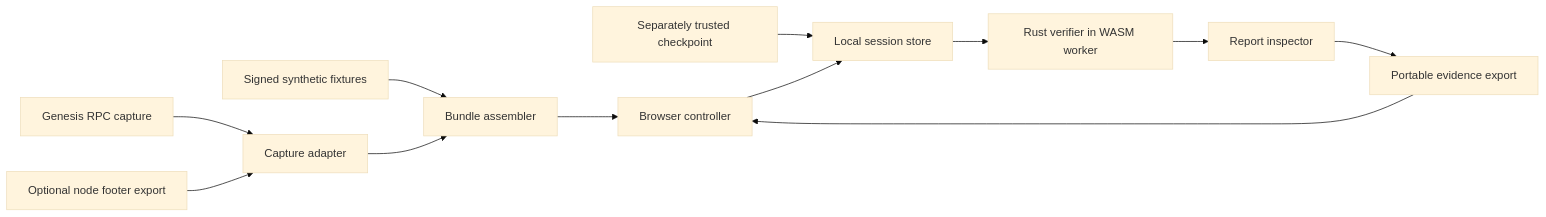
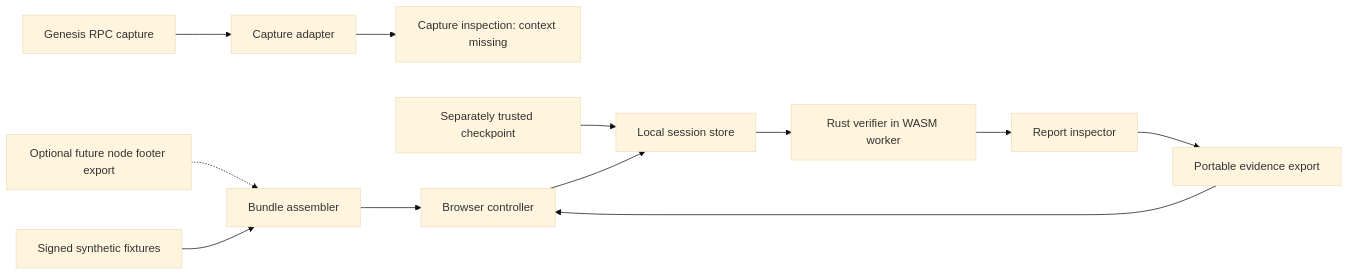
One commit to mansi0xc/monocle changed the diagram in docs/architecture.md. Above: the diagram before and after it, drawn with Mermaid (base theme). The commit also changed other lines of this file and 35 other files, not shown here.

````diff
--- a/docs/architecture.md
+++ b/docs/architecture.md
@@ -9,14 +9,14 @@
 ```mermaid
 flowchart LR
     RPC[Genesis RPC capture] --> A[Capture adapter]
-    NODE[Optional node footer export] --> A
+    NODE[Optional future node footer export] -.-> B
     FIX[Signed synthetic fixtures] --> B[Bundle assembler]
-    A --> B
+    A --> CI[Capture inspection: context missing]
     B --> UI[Browser controller]
     PIN[Separately trusted checkpoint] --> S[Local session store]
     UI --> S
     S --> W[Rust verifier in WASM worker]
     W --> R[Report inspector]
     R --> E[Portable evidence export]
     E --> UI
 ```
````
